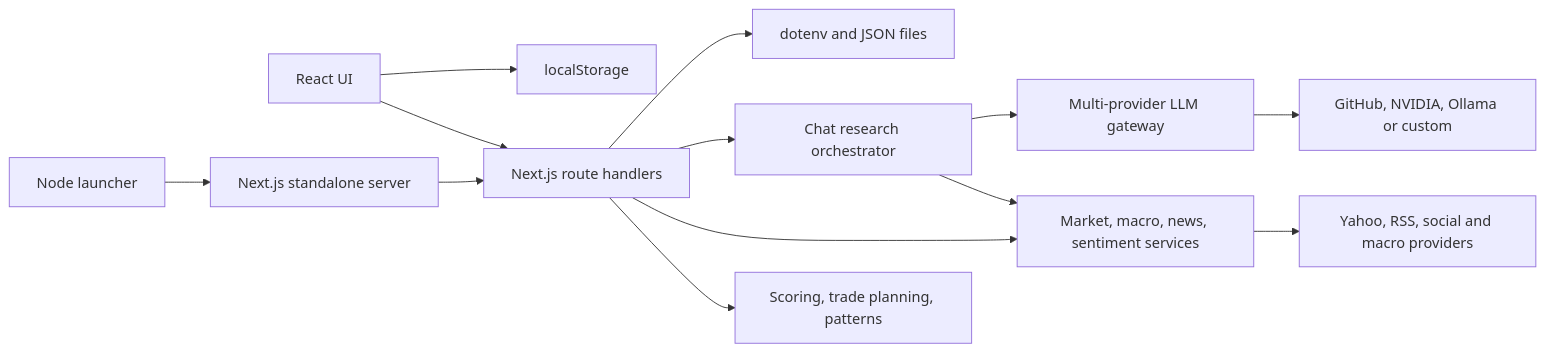
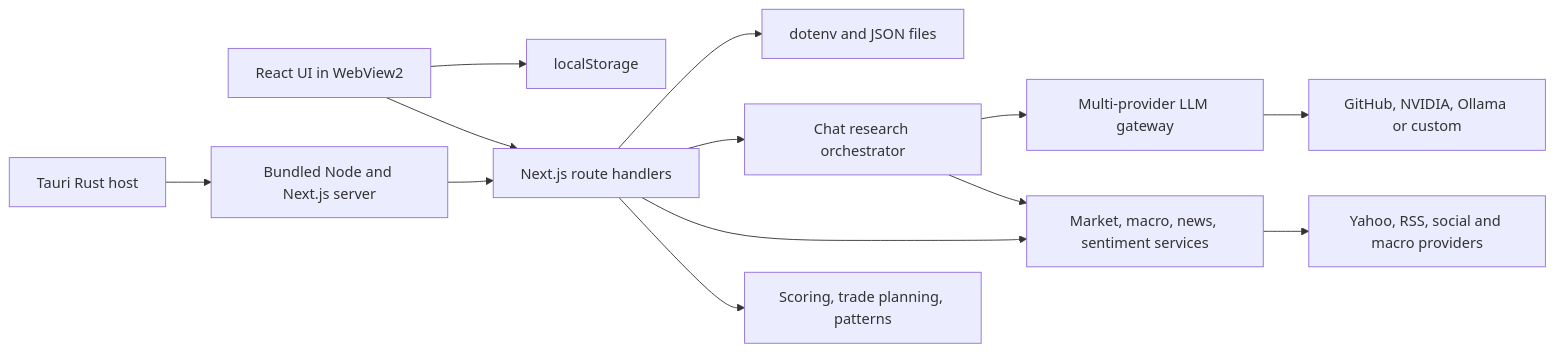
Before and after one commit to AlGhozaliRamadhan/BOZ: the diagram in docs/ARCHITECTURE.md, drawn with Mermaid. The commit also changed other lines of this file and 70 other files, not shown here.

````diff
--- a/docs/ARCHITECTURE.md
+++ b/docs/ARCHITECTURE.md
@@ -57,15 +57,15 @@
 ```mermaid
 flowchart LR
-    Browser[React UI] --> Routes[Next.js route handlers]
-    Launcher[Node launcher] --> Server[Next.js standalone server]
+    WebView[React UI in WebView2] --> Routes[Next.js route handlers]
+    Desktop[Tauri Rust host] --> Server[Bundled Node and Next.js server]
     Server --> Routes
     Routes --> Domain[Scoring, trade planning, patterns]
     Routes --> Services[Market, macro, news, sentiment services]
     Routes --> Research[Chat research orchestrator]
     Research --> Services
     Research --> LLM[Multi-provider LLM gateway]
     Services --> External[Yahoo, RSS, social and macro providers]
     LLM --> Providers[GitHub, NVIDIA, Ollama or custom]
     Routes --> LocalState[dotenv and JSON files]
-    Browser --> BrowserState[localStorage]
+    WebView --> WebViewState[localStorage]
 ```
````
